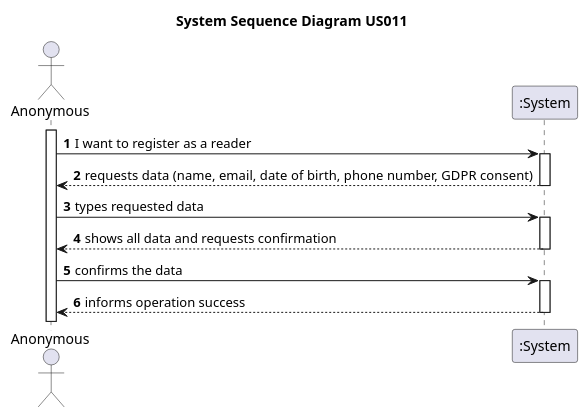
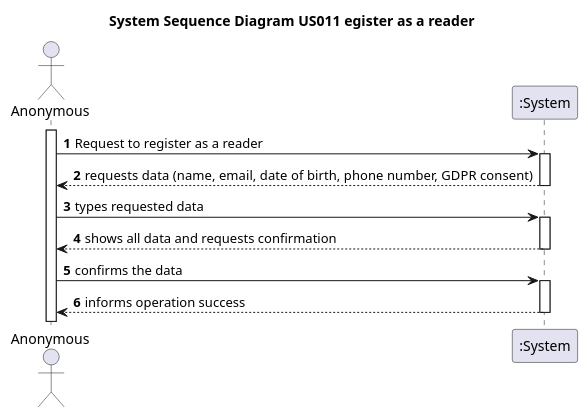
The diagram in docs/Phase_1/WP_3A/US011/US011-SSD.puml (GODinho211/psoft-project-G2), drawn with PlantUML before and after one commit. The commit also changed 11 other files, not shown here.

Commit message:
Update the Workpackage 3 with the design namely Domain model extract sequence diagram ans system sequence diagram

```diff
--- a/docs/Phase_1/WP_3A/US011/US011-SSD.puml
+++ b/docs/Phase_1/WP_3A/US011/US011-SSD.puml
@@ -1,22 +1,22 @@
 @startuml
 'https://plantuml.com/sequence-diagram
 
-title System Sequence Diagram US011
+title System Sequence Diagram US011 egister as a reader
 
 autoactivate on
 autonumber
 
 actor " Anonymous" as Administrator
 participant ":System" as System
 
 activate Administrator
 
-Administrator -> System:  I want to register as a reader
+Administrator -> System:  Request to register as a reader
 System --> Administrator: requests data (name, email, date of birth, phone number, GDPR  consent)
 
 Administrator -> System: types requested data
 System --> Administrator: shows all data and requests confirmation
 
 Administrator -> System: confirms the data
 System --> Administrator: informs operation success
 @enduml
```
